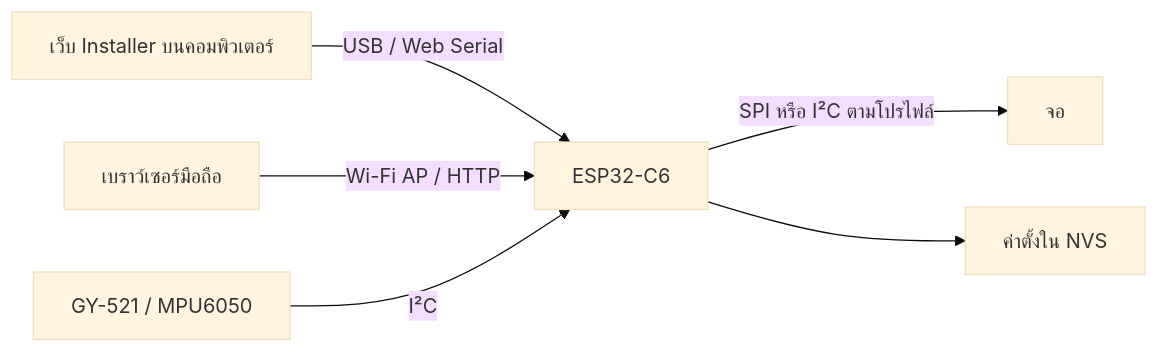
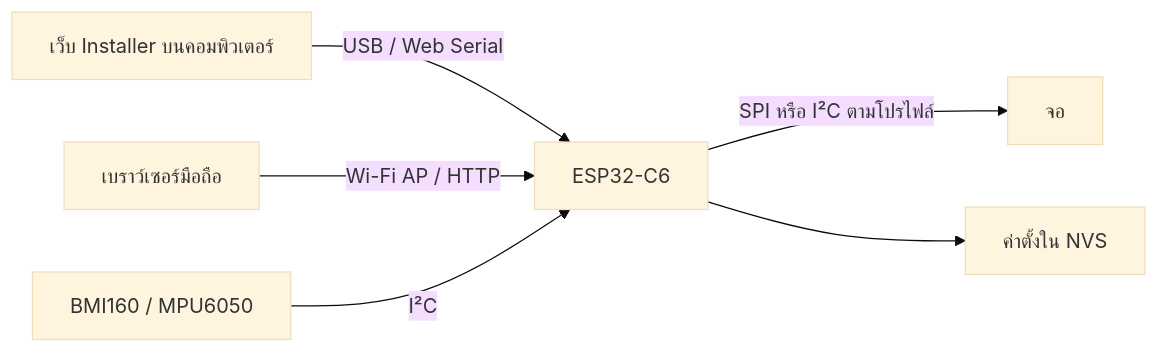
The diagram in docs/PLAN.md (Ttawannn/esp32-tilt-toy), drawn with Mermaid (base theme) before and after one commit. The commit also changed other lines of this file and 37 other files, not shown here.

First line of the commit message:
v0.1.1: BMI160/MPU6050 sensors, landscape Mini TFT, wiring diagram, 6DOF plan

````diff
--- a/docs/PLAN.md
+++ b/docs/PLAN.md
@@ -27,8 +29,8 @@
 ```mermaid
 flowchart LR
   Installer[เว็บ Installer บนคอมพิวเตอร์] -->|USB / Web Serial| C6[ESP32-C6]
   Phone[เบราว์เซอร์มือถือ] -->|Wi-Fi AP / HTTP| C6
-  MPU[GY-521 / MPU6050] -->|I²C| C6
+  IMU[BMI160 / MPU6050] -->|I²C| C6
   C6 -->|SPI หรือ I²C ตามโปรไฟล์| Screen[จอ]
   C6 --> NVS[ค่าตั้งใน NVS]
 ```
````
